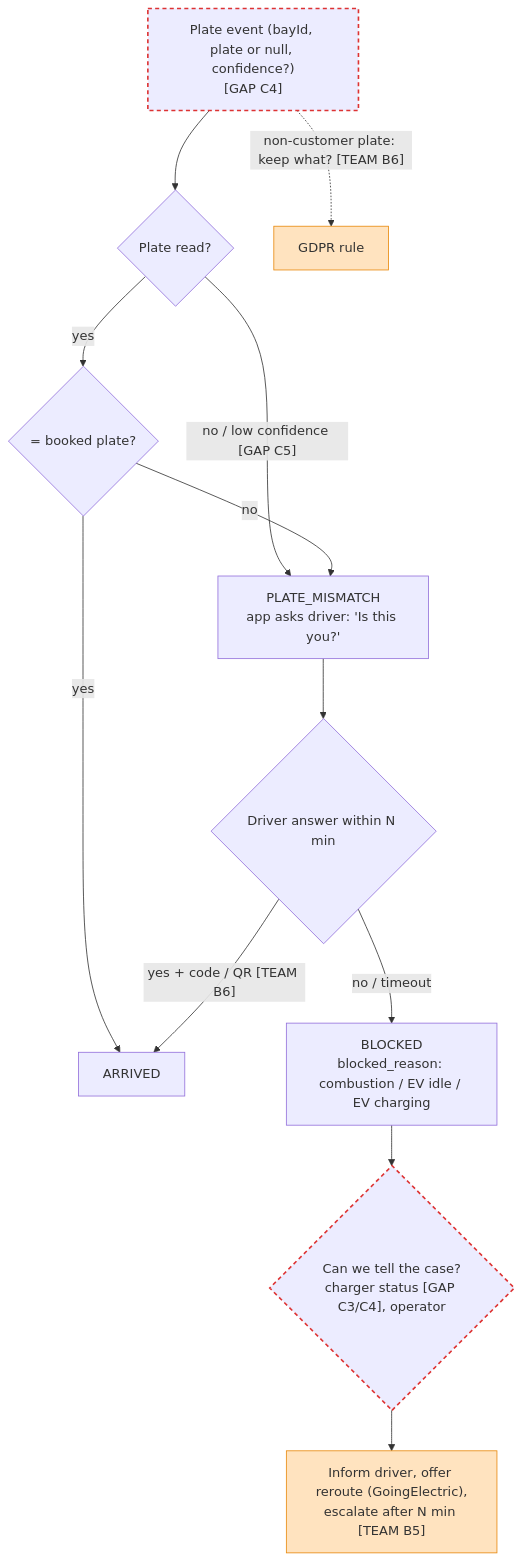
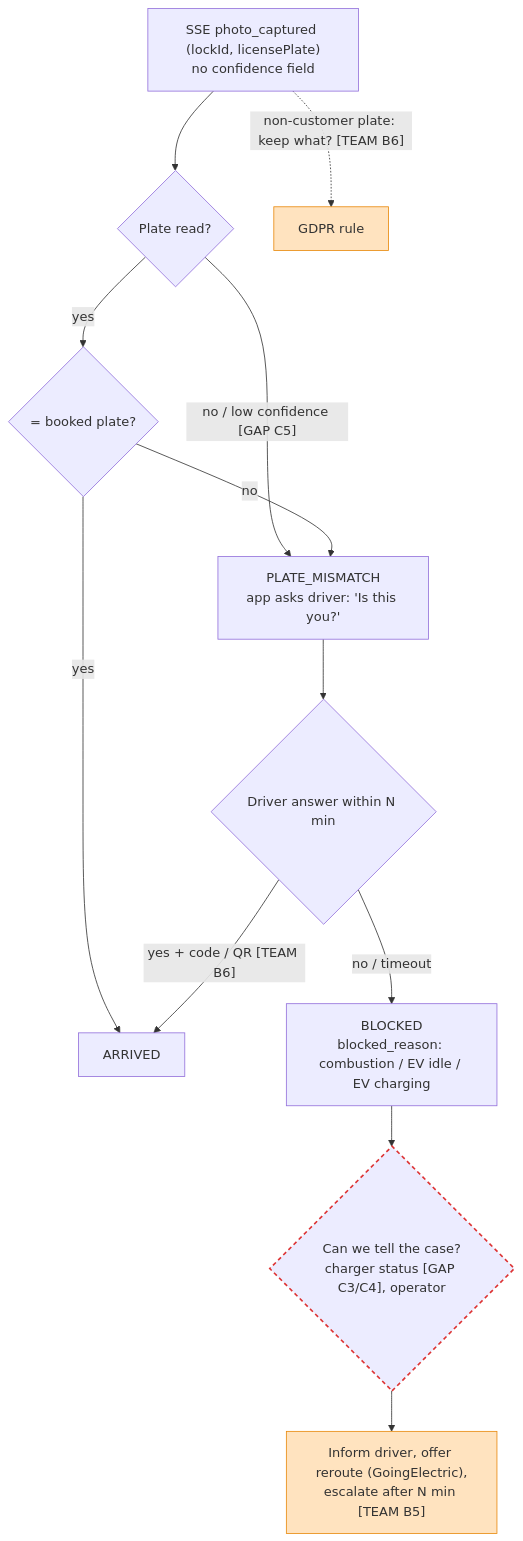
The fifth of 5 diagrams in docs/design/diagrams.md (kkcrafter/VE-curious), drawn with Mermaid before and after one commit. The commit also changed other lines of this file and 2 other files, not shown here.

First line of the commit message:
docs: add Ecurious parking-lock API findings

````diff
--- a/docs/design/diagrams.md
+++ b/docs/design/diagrams.md
@@ -224,18 +224,18 @@
 ```mermaid
 flowchart TD
     classDef gap stroke:#d33,stroke-width:2px,stroke-dasharray:5 4
     classDef team fill:#ffe3bf,stroke:#e8890c
 
-    ev["Plate event (bayId, plate or null, confidence?)<br/>[GAP C4]"]:::gap
+    ev["SSE photo_captured (lockId, licensePlate)<br/>no confidence field"]
     ev --> read{"Plate read?"}
     read -- "no / low confidence [GAP C5]" --> mis
     read -- "yes" --> match{"= booked plate?"}
     match -- "yes" --> arr["ARRIVED"]
     match -- "no" --> mis["PLATE_MISMATCH<br/>app asks driver: 'Is this you?'"]
     mis --> ans{"Driver answer within N min"}
     ans -- "yes + code / QR [TEAM B6]" --> arr
     ans -- "no / timeout" --> blk["BLOCKED<br/>blocked_reason: combustion / EV idle / EV charging"]
     blk --> why{"Can we tell the case?<br/>charger status [GAP C3/C4], operator"}:::gap
     why --> act["Inform driver, offer reroute (GoingElectric),<br/>escalate after N min [TEAM B5]"]:::team
     ev -. "non-customer plate: keep what? [TEAM B6]" .-> gdpr["GDPR rule"]:::team
 ```
````
